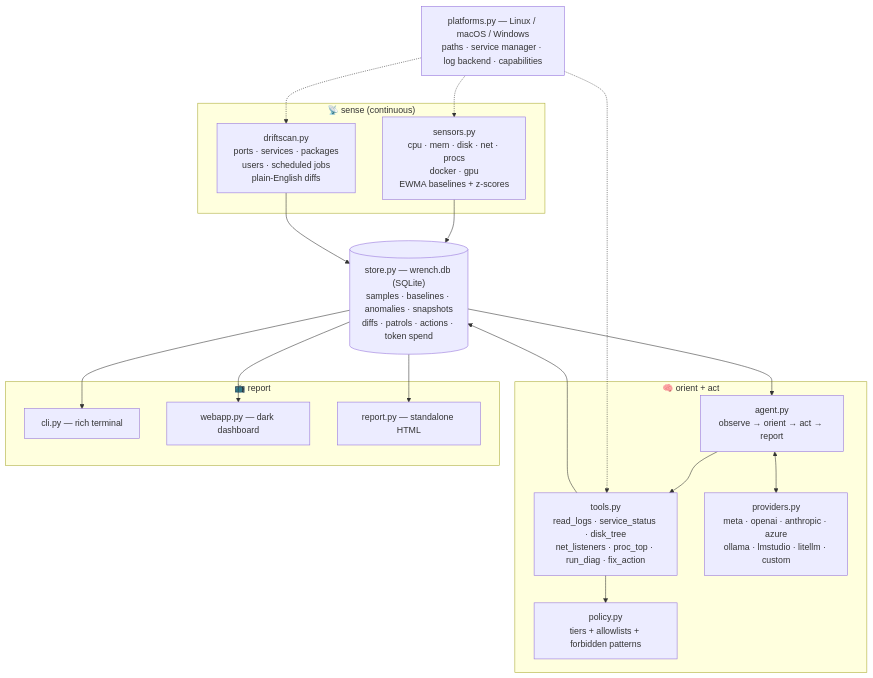
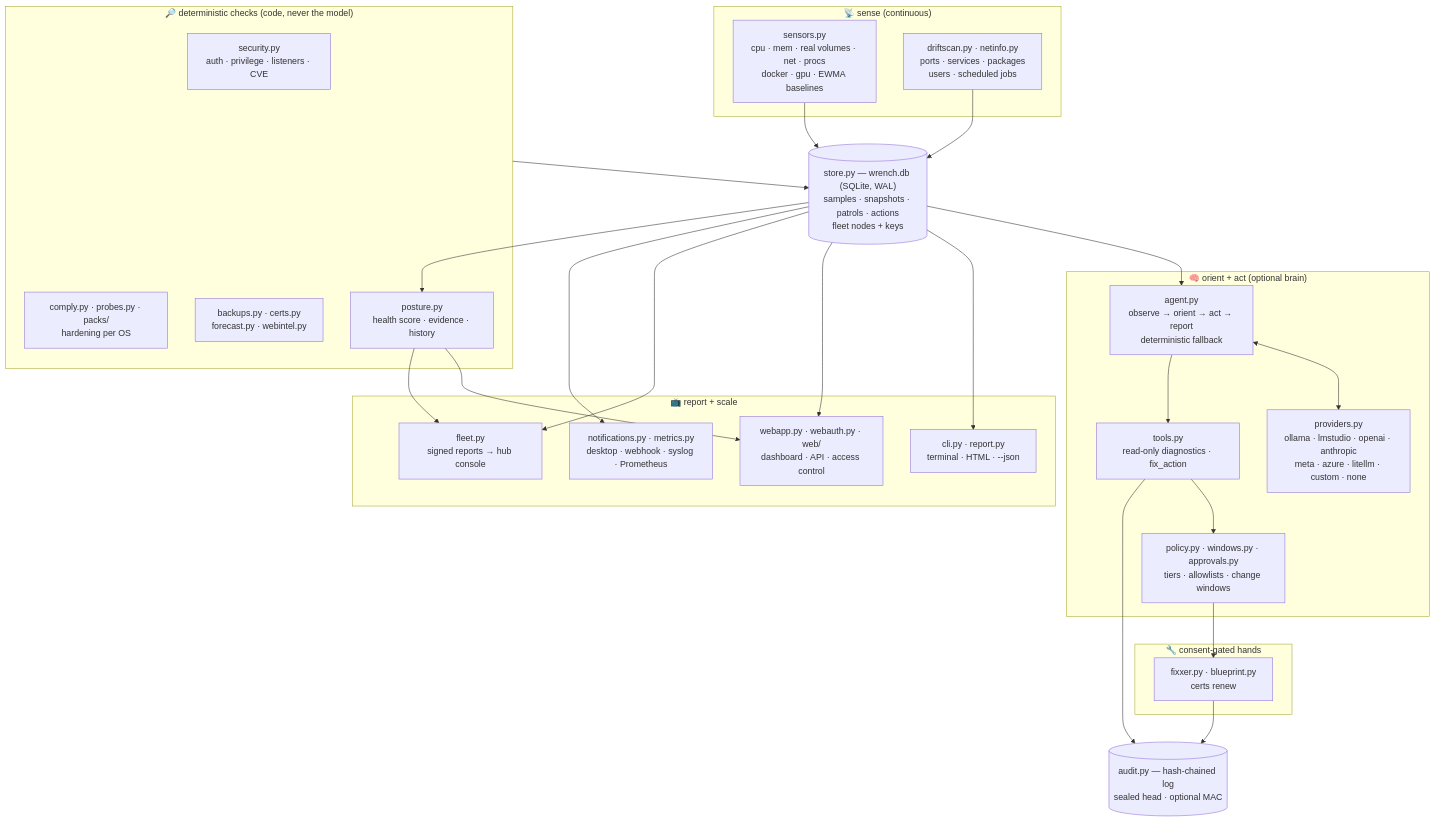
The diagram in README.md (sunkencity999/wrench), drawn with Mermaid before and after one commit. The commit also changed other lines of this file and 21 other files, not shown here.

````diff
--- a/README.md
+++ b/README.md
@@ -1329,38 +1424,52 @@
 ```mermaid
 flowchart TB
     subgraph sense["📡 sense (continuous)"]
-        sensors["sensors.py<br/>cpu · mem · disk · net · procs<br/>docker · gpu<br/>EWMA baselines + z-scores"]
-        drift["driftscan.py<br/>ports · services · packages<br/>users · scheduled jobs<br/>plain-English diffs"]
+        sensors["sensors.py<br/>cpu · mem · real volumes · net · procs<br/>docker · gpu · EWMA baselines"]
+        drift["driftscan.py · netinfo.py<br/>ports · services · packages<br/>users · scheduled jobs"]
     end
 
-    store[("store.py — wrench.db (SQLite)<br/>samples · baselines · anomalies · snapshots<br/>diffs · patrols · actions · token spend")]
-
-    subgraph think["🧠 orient + act"]
-        agent["agent.py<br/>observe → orient → act → report"]
-        tools["tools.py<br/>read_logs · service_status · disk_tree<br/>net_listeners · proc_top · run_diag · fix_action"]
-        policy["policy.py<br/>tiers + allowlists + forbidden patterns"]
-        providers["providers.py<br/>meta · openai · anthropic · azure<br/>ollama · lmstudio · litellm · custom"]
+    subgraph checks["🔎 deterministic checks (code, never the model)"]
+        sec["security.py<br/>auth · privilege · listeners · CVE"]
+        comply["comply.py · probes.py · packs/<br/>hardening per OS"]
+        misc["backups.py · certs.py<br/>forecast.py · webintel.py"]
+        posture["posture.py<br/>health score · evidence · history"]
     end
 
-    subgraph show["📺 report"]
-        cli["cli.py — rich terminal"]
-        web["webapp.py — dark dashboard"]
-        html["report.py — standalone HTML"]
+    store[("store.py — wrench.db (SQLite, WAL)<br/>samples · snapshots · patrols · actions<br/>fleet nodes + keys")]
+    audit[("audit.py — hash-chained log<br/>sealed head · optional MAC")]
+
+    subgraph think["🧠 orient + act (optional brain)"]
+        agent["agent.py<br/>observe → orient → act → report<br/>deterministic fallback"]
+        tools["tools.py<br/>read-only diagnostics · fix_action"]
+        policy["policy.py · windows.py · approvals.py<br/>tiers · allowlists · change windows"]
+        providers["providers.py<br/>ollama · lmstudio · openai · anthropic<br/>meta · azure · litellm · custom · none"]
     end
 
-    platforms["platforms.py — Linux / macOS / Windows<br/>paths · service manager · log backend · capabilities"]
+    subgraph hands["🔧 consent-gated hands"]
+        fix["fixxer.py · blueprint.py<br/>certs renew"]
+    end
+
+    subgraph show["📺 report + scale"]
+        cli["cli.py · report.py<br/>terminal · HTML · --json"]
+        web["webapp.py · webauth.py · web/<br/>dashboard · API · access control"]
+        fleet["fleet.py<br/>signed reports → hub console"]
+        sinks["notifications.py · metrics.py<br/>desktop · webhook · syslog · Prometheus"]
+    end
 
     sensors --> store
     drift --> store
+    checks --> store
+    store --> posture
     store --> agent
     agent <--> providers
-    agent --> tools
-    tools --> policy
-    tools --> store
+    agent --> tools --> policy
+    policy --> fix
+    fix --> audit
+    tools --> audit
     store --> cli
     store --> web
-    store --> html
-    platforms -.-> sensors
-    platforms -.-> drift
-    platforms -.-> tools
+    store --> fleet
+    store --> sinks
+    posture --> web
+    posture --> fleet
 ```
````
